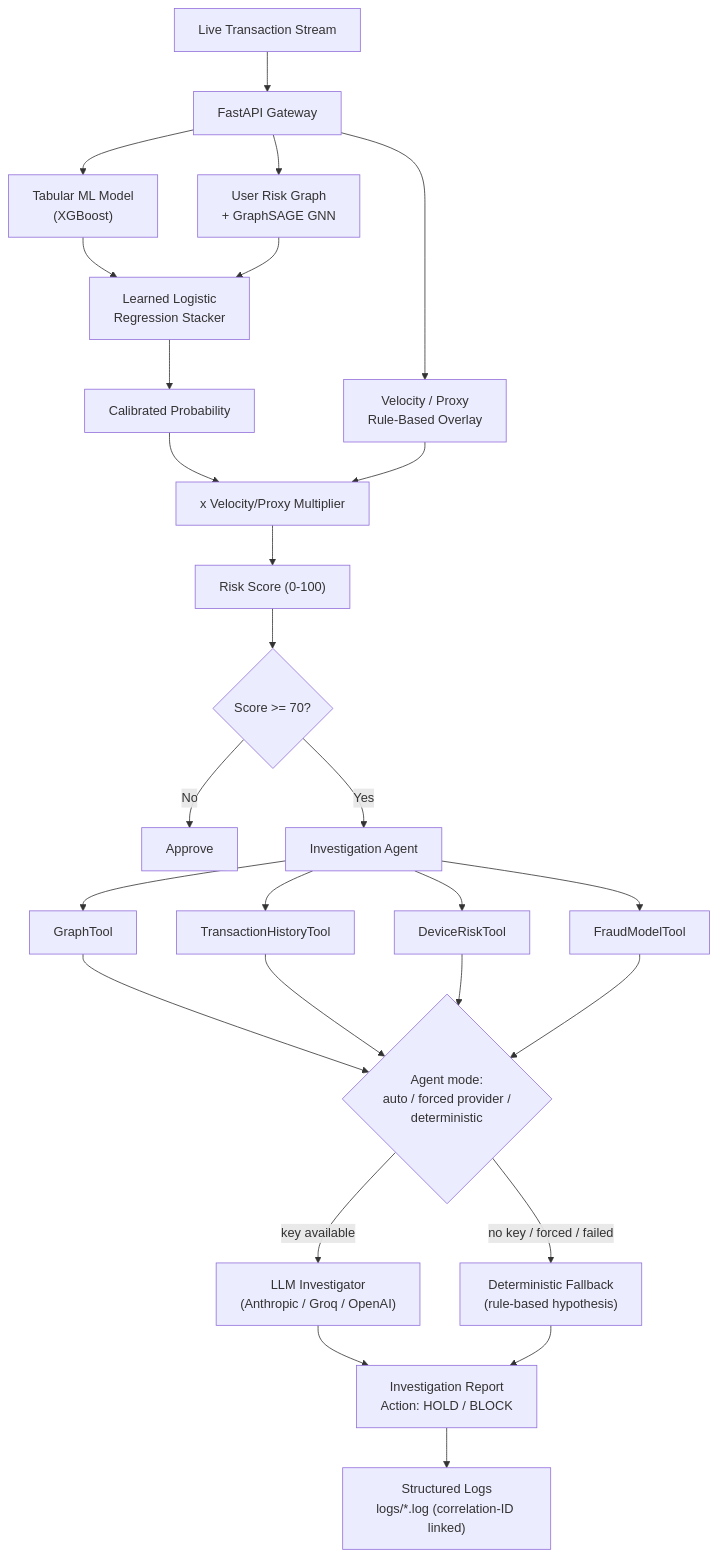
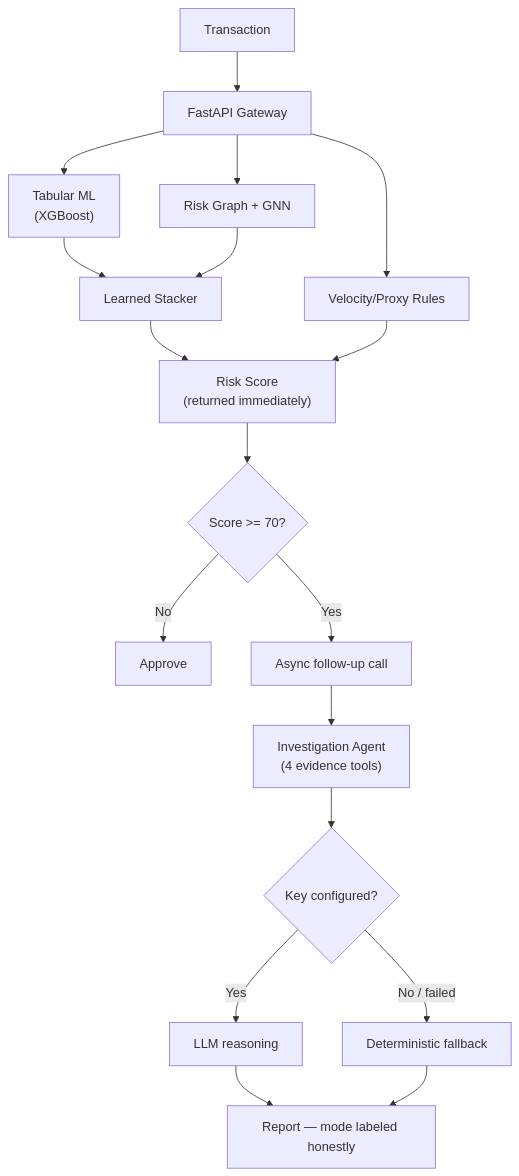
The diagram in README.md (Dikshu015/RazorRisk-Agentic-AI-Payment-Fraud-Risk-Investigation-Platform), drawn with Mermaid before and after one commit. The commit also changed other lines of this file and 1 other file, not shown here.

````diff
--- a/README.md
+++ b/README.md
@@ -98,38 +84,20 @@
 ```mermaid
 flowchart TD
-    TXN["Live Transaction Stream"] --> GW["FastAPI Gateway"]
-
-    GW --> TAB["Tabular ML Model<br/>(XGBoost)"]
-    GW --> GNN["User Risk Graph<br/>+ GraphSAGE GNN"]
-    GW --> VEL["Velocity / Proxy<br/>Rule-Based Overlay"]
-
-    TAB --> STACK["Learned Logistic<br/>Regression Stacker"]
+    TXN["Transaction"] --> GW["FastAPI Gateway"]
+    GW --> TAB["Tabular ML<br/>(XGBoost)"]
+    GW --> GNN["Risk Graph + GNN"]
+    GW --> VEL["Velocity/Proxy Rules"]
+    TAB --> STACK["Learned Stacker"]
     GNN --> STACK
-
-    STACK --> CAL["Calibrated Probability"]
-    CAL --> MULT["x Velocity/Proxy Multiplier"]
-    VEL --> MULT
-    MULT --> SCORE["Risk Score (0-100)"]
-
+    STACK --> SCORE["Risk Score<br/>(returned immediately)"]
+    VEL --> SCORE
     SCORE --> Q{"Score >= 70?"}
     Q -- No --> APPROVE["Approve"]
-    Q -- Yes --> AGENT["Investigation Agent"]
-
-    AGENT --> GT["GraphTool"]
-    AGENT --> HT["TransactionHistoryTool"]
-    AGENT --> DT["DeviceRiskTool"]
-    AGENT --> FT["FraudModelTool"]
-
-    GT --> MODE{"Agent mode:<br/>auto / forced provider /<br/>deterministic"}
-    HT --> MODE
-    DT --> MODE
-    FT --> MODE
-
-    MODE -- "key available" --> LLM["LLM Investigator<br/>(Anthropic / Groq / OpenAI)"]
-    MODE -- "no key / forced / failed" --> DET["Deterministic Fallback<br/>(rule-based hypothesis)"]
-
-    LLM --> REPORT["Investigation Report<br/>Action: HOLD / BLOCK"]
+    Q -- Yes --> ASYNC["Async follow-up call"]
+    ASYNC --> AGENT["Investigation Agent<br/>(4 evidence tools)"]
+    AGENT --> MODE{"Key configured?"}
+    MODE -- Yes --> LLM["LLM reasoning"]
+    MODE -- "No / failed" --> DET["Deterministic fallback"]
+    LLM --> REPORT["Report — mode labeled honestly"]
     DET --> REPORT
-
-    REPORT --> LOGS["Structured Logs<br/>logs/*.log (correlation-ID linked)"]
 ```
````
